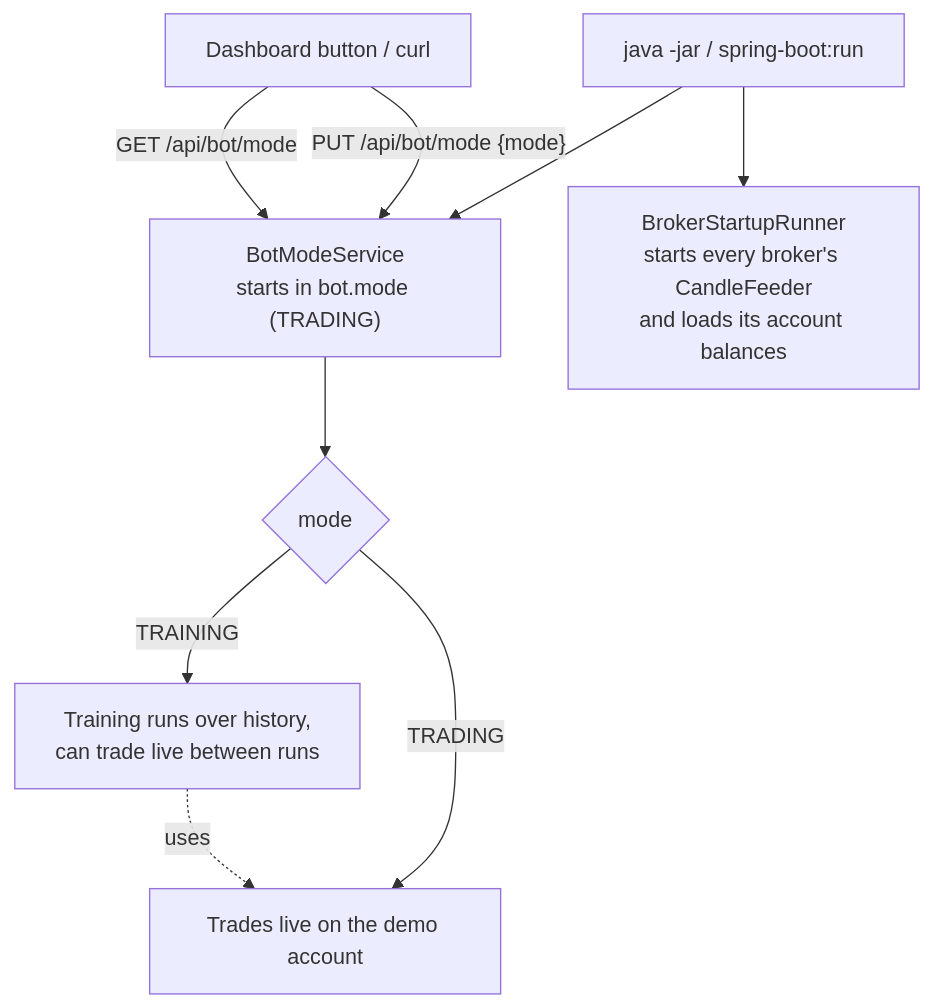
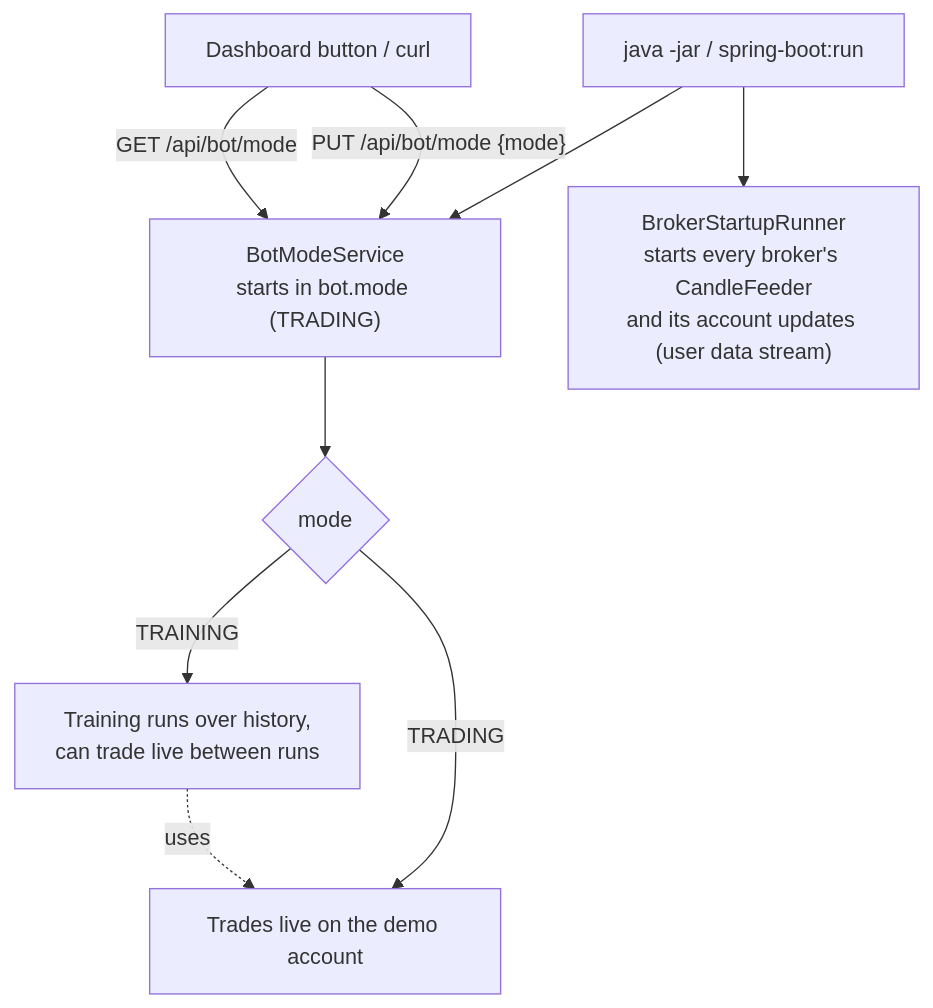
Before and after one commit to ShadowOfDiablo/t212-coding-task: diagram 17 of 20 in docs/ARCHITECTURE.md, drawn with Mermaid. The commit also changed other lines of this file and 39 other files, not shown here.

First line of the commit message:
Keep account balances in sync with the Binance user data stream (AI-suggested improvements)

````diff
--- a/docs/ARCHITECTURE.md
+++ b/docs/ARCHITECTURE.md
@@ -598,11 +630,11 @@
 ```mermaid
 flowchart TD
     Start["java -jar / spring-boot:run"] --> Init["BotModeService<br/>starts in bot.mode (TRADING)"]
-    Start --> Live["BrokerStartupRunner<br/>starts every broker's CandleFeeder<br/>and loads its account balances"]
+    Start --> Live["BrokerStartupRunner<br/>starts every broker's CandleFeeder<br/>and its account updates (user data stream)"]
     Ui["Dashboard button / curl"] -- "PUT /api/bot/mode {mode}" --> Init
     Ui -- "GET /api/bot/mode" --> Init
     Init --> Mode{"mode"}
     Mode -- TRADING --> T["Trades live on the demo account"]
     Mode -- TRAINING --> Tr["Training runs over history,<br/>can trade live between runs"]
     Tr -. uses .-> T
 ```
````
